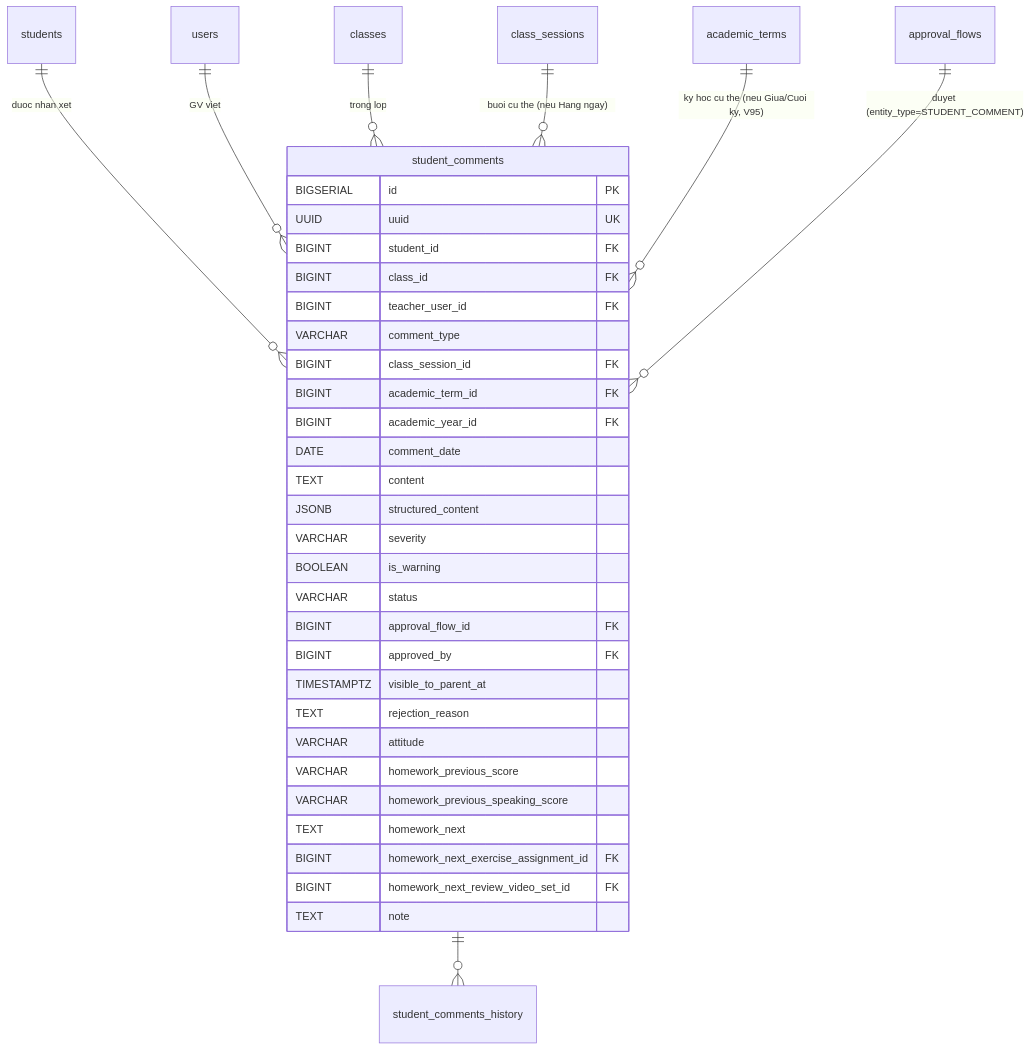
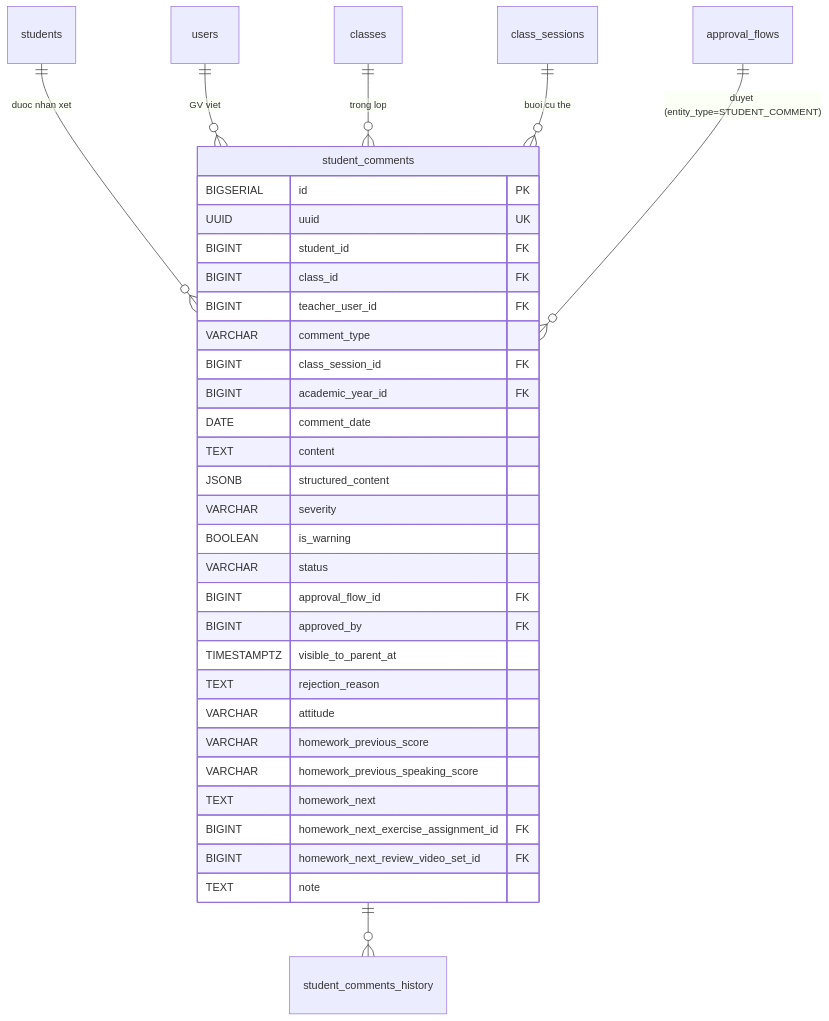
One commit to langtuananh2424/pps-education changed the fourth of 4 diagrams in docs/sdd-groups/06-hoc-thuat.md. Above: the diagram before and after it, drawn with Mermaid. The commit also changed other lines of this file and 26 other files, not shown here.

First line of the commit message:
fix(academic): sua loi enum Attitude cu + bo han bieu mau nhan xet Giua ky/Cuoi ky

````diff
--- a/docs/sdd-groups/06-hoc-thuat.md
+++ b/docs/sdd-groups/06-hoc-thuat.md
@@ -1359,40 +1359,38 @@
 ```mermaid
 erDiagram
     students ||--o{ student_comments : "duoc nhan xet"
     users ||--o{ student_comments : "GV viet"
     classes ||--o{ student_comments : "trong lop"
-    class_sessions ||--o{ student_comments : "buoi cu the (neu Hang ngay)"
-    academic_terms ||--o{ student_comments : "ky hoc cu the (neu Giua/Cuoi ky, V95)"
+    class_sessions ||--o{ student_comments : "buoi cu the"
 
     student_comments ||--o{ student_comments_history : ""
     approval_flows ||--o{ student_comments : "duyet (entity_type=STUDENT_COMMENT)"
 
     student_comments {
         BIGSERIAL id PK
         UUID uuid UK
         BIGINT student_id FK
         BIGINT class_id FK
         BIGINT teacher_user_id FK
         VARCHAR comment_type
         BIGINT class_session_id FK
-        BIGINT academic_term_id FK
         BIGINT academic_year_id FK
         DATE comment_date
         TEXT content
         JSONB structured_content
         VARCHAR severity
         BOOLEAN is_warning
         VARCHAR status
         BIGINT approval_flow_id FK
         BIGINT approved_by FK
         TIMESTAMPTZ visible_to_parent_at
         TEXT rejection_reason
         VARCHAR attitude
         VARCHAR homework_previous_score
         VARCHAR homework_previous_speaking_score
         TEXT homework_next
         BIGINT homework_next_exercise_assignment_id FK
         BIGINT homework_next_review_video_set_id FK
         TEXT note
     }
 ```
````
